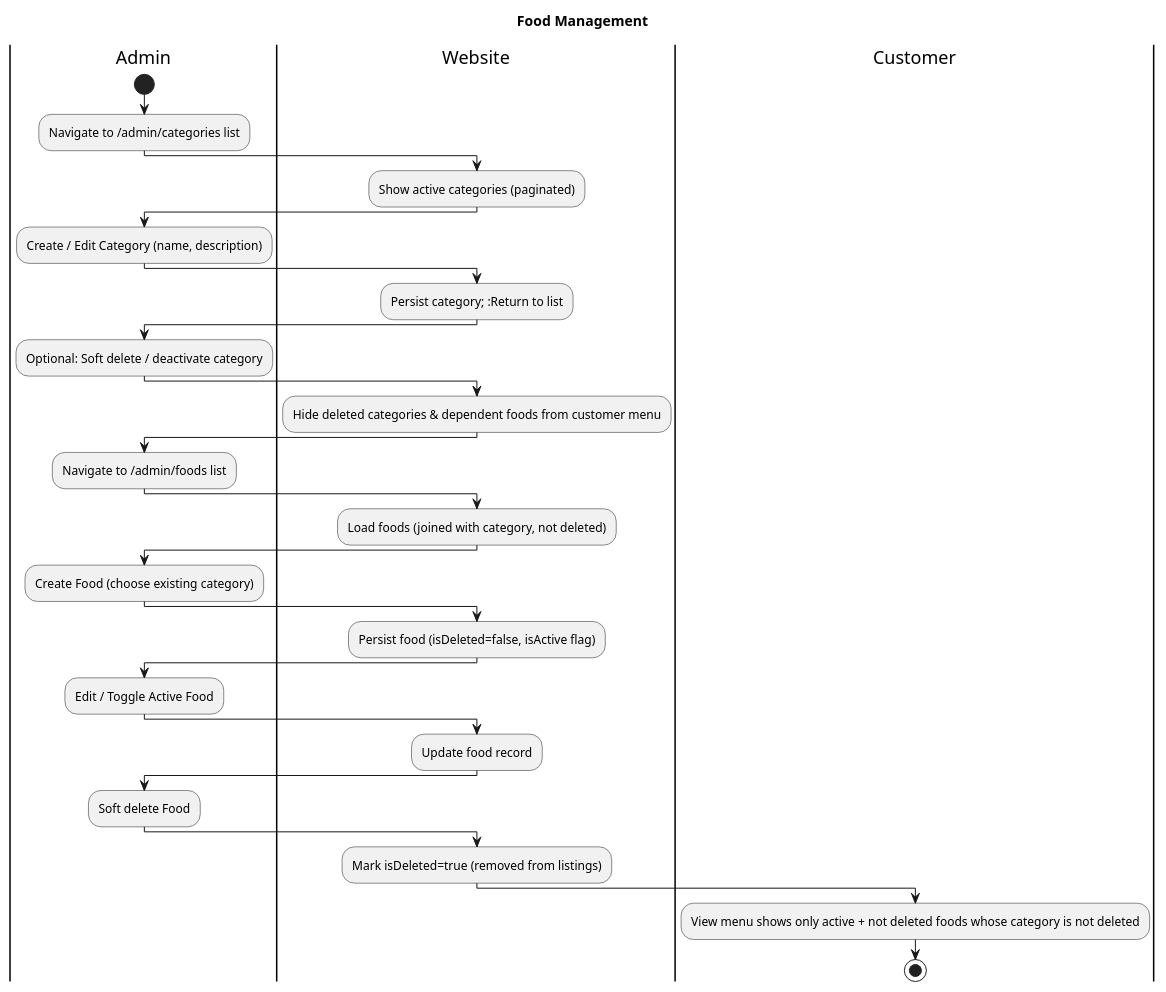
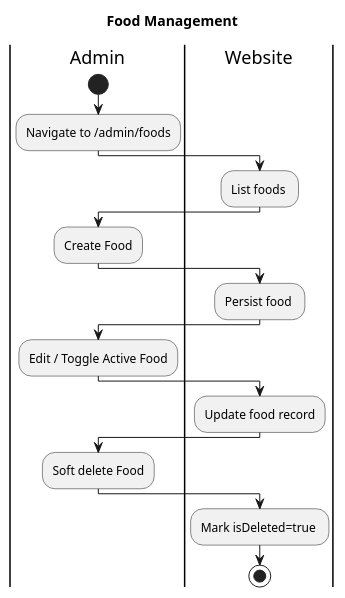
Before and after one commit to HieuNguyen610/SWP391_KienLTT_PizzaShop_FU: the diagram in pizzashop/src/main/resources/static/uml/mainflow/Food Management.puml, drawn with PlantUML. The commit also changed 3 other files, not shown here.

```diff
--- a/pizzashop/src/main/resources/static/uml/mainflow/Food Management.puml
+++ b/pizzashop/src/main/resources/static/uml/mainflow/Food Management.puml
@@ -1,43 +1,29 @@
 @startuml
-' Simplified Food & Category Management (Admin)
-' High-level lifecycle: Category must exist before Food
+' Food Management (simplified)
+
+skinparam linetype ortho
 
 title Food Management
 
 |Admin|
 start
-:Navigate to /admin/categories list;
+:Navigate to /admin/foods;
 |Website|
-:Show active categories (paginated);
+:List foods ;
 |Admin|
-:Create / Edit Category (name, description);
+:Create Food;
 |Website|
-:Persist category; :Return to list;
-|Admin|
-:Optional: Soft delete / deactivate category;
-|Website|
-:Hide deleted categories & dependent foods from customer menu;
-
-|Admin|
-:Navigate to /admin/foods list;
-|Website|
-:Load foods (joined with category, not deleted);
-|Admin|
-:Create Food (choose existing category);
-|Website|
-:Persist food (isDeleted=false, isActive flag);
+:Persist food ;
 |Admin|
 :Edit / Toggle Active Food;
 |Website|
 :Update food record;
 |Admin|
 :Soft delete Food;
 |Website|
-:Mark isDeleted=true (removed from listings);
-|Customer|
-:View menu shows only active + not deleted foods whose category is not deleted;
+:Mark isDeleted=true ;
+
 stop
 
 
-
 @enduml
```
